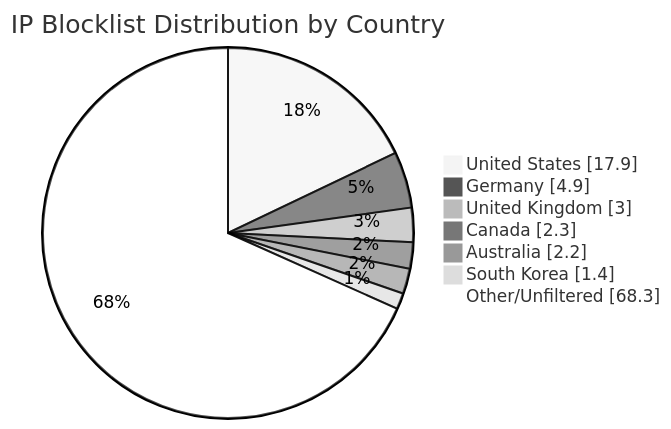
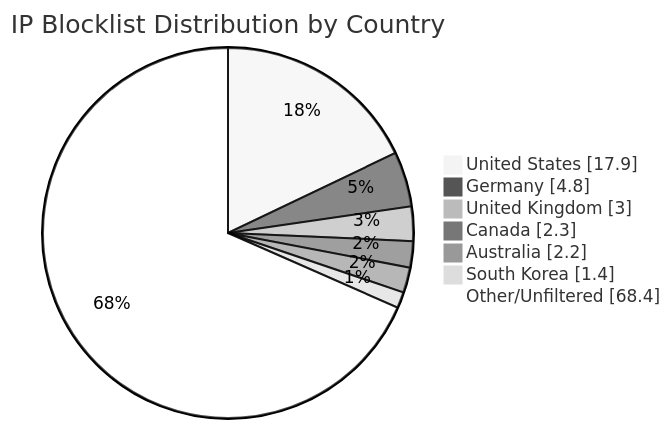
Before and after one commit to MarcusHoltz/ipblocklist-geofiltered-aggregator: the diagram in README.md, drawn with Mermaid (neutral theme). The commit also changed other lines of this file and 9 other files, not shown here.

````diff
--- a/README.md
+++ b/README.md
@@ -34,10 +34,10 @@
 ```mermaid
 pie showData title IP Blocklist Distribution by Country
 "United States" : 17.9
-"Germany" : 4.9
+"Germany" : 4.8
 "United Kingdom" : 3.0
 "Canada" : 2.3
 "Australia" : 2.2
 "South Korea" : 1.4
-"Other/Unfiltered" : 68.3
+"Other/Unfiltered" : 68.4
 ```
````
